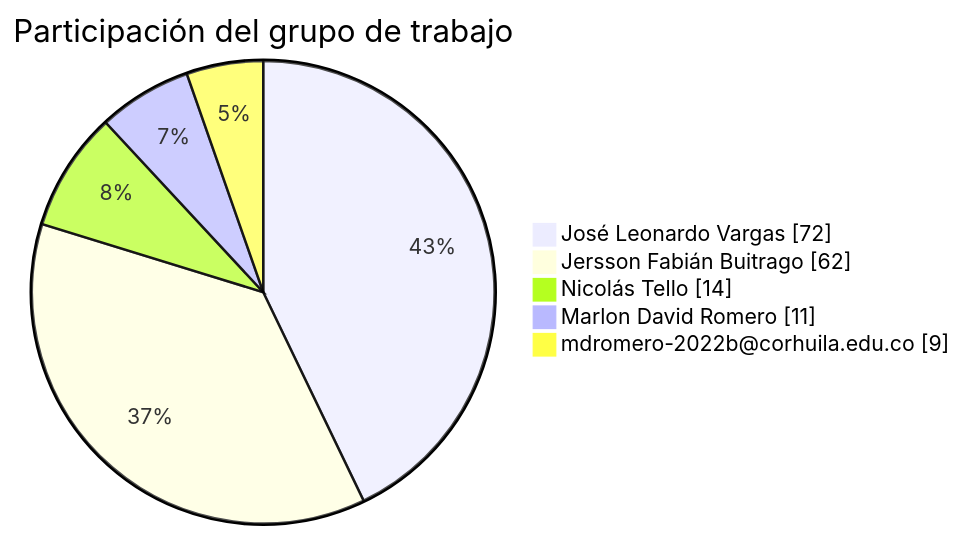
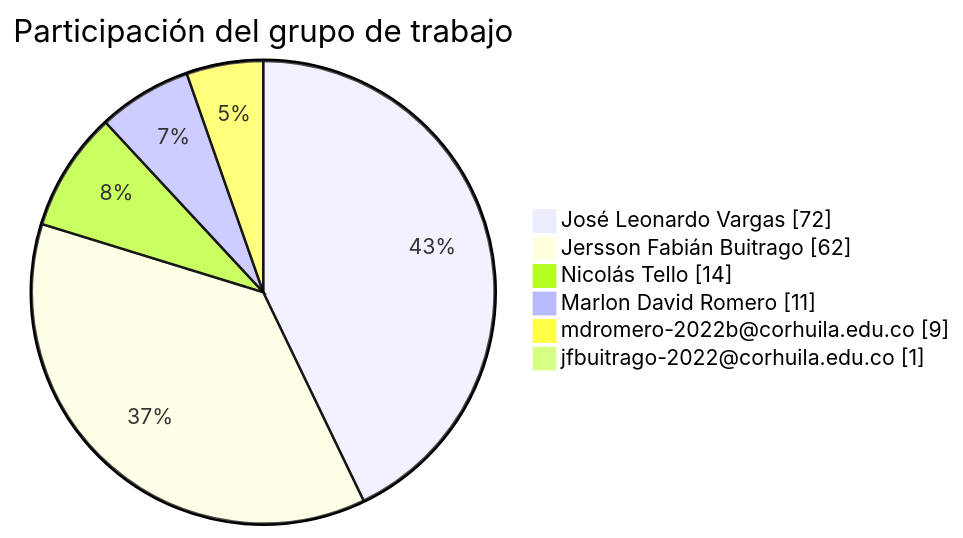
The first of 2 diagrams in README.md (FarmaExpres/FarmaExpres), drawn with Mermaid before and after one commit. The commit also changed other lines of this file and 1 other file, not shown here.

````diff
--- a/README.md
+++ b/README.md
@@ -315,9 +316,10 @@
 ```mermaid
 pie showData
     title Participación del grupo de trabajo
     "José Leonardo Vargas" : 72
     "Jersson Fabián Buitrago" : 62
     "Nicolás Tello" : 14
     "Marlon David Romero" : 11
     "mdromero-2022b@corhuila.edu.co" : 9
+    "jfbuitrago-2022@corhuila.edu.co" : 1
 ```
````
